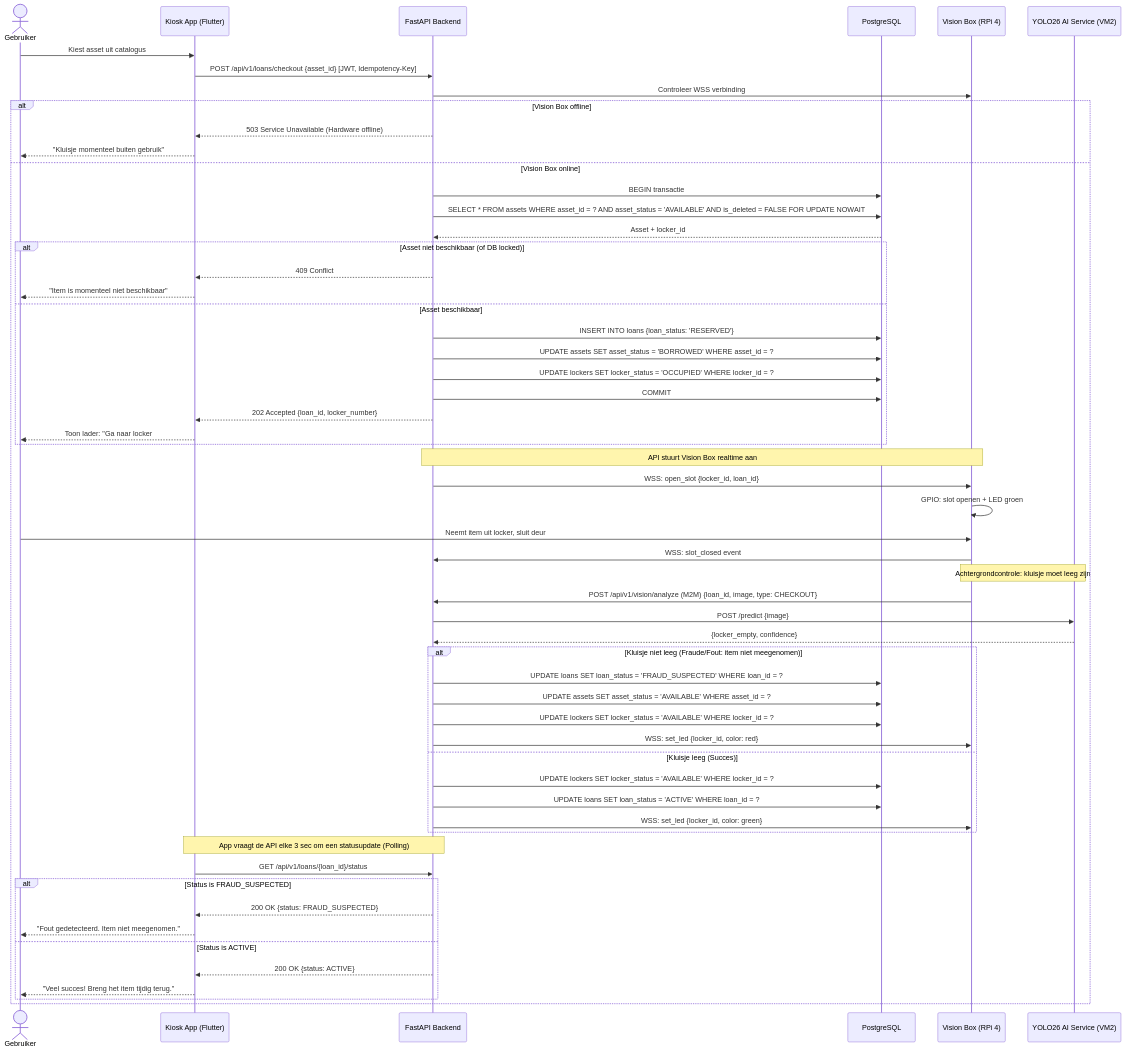
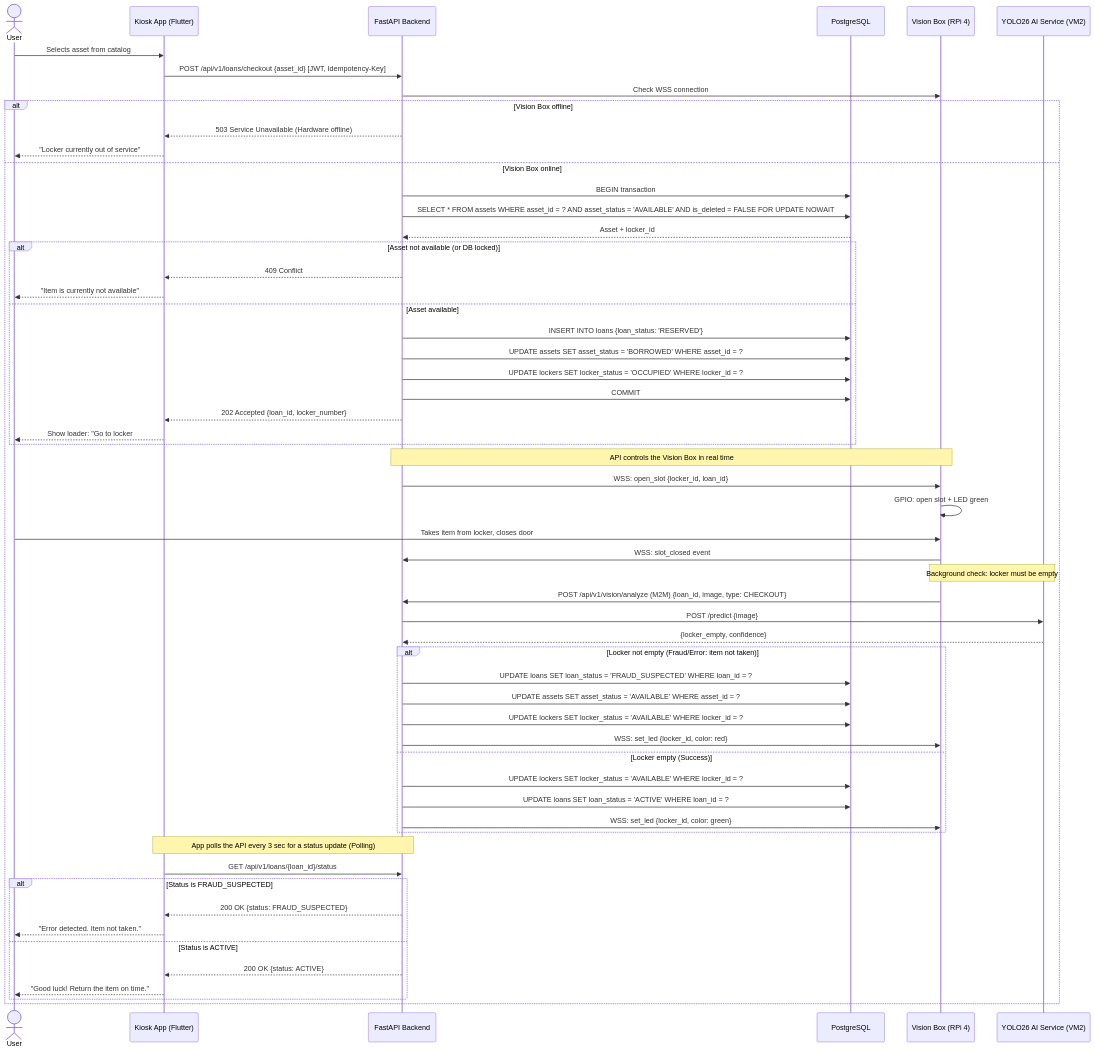
Before and after one commit to easylend-practice-enterprise/easylend: the diagram in docs/diagrams/sequence_checkout.mmd, drawn with Mermaid. The commit also changed 39 other files, not shown here.

```diff
--- a/docs/diagrams/sequence_checkout.mmd
+++ b/docs/diagrams/sequence_checkout.mmd
@@ -1,67 +1,67 @@
 sequenceDiagram
-    actor User as Gebruiker
+    actor User as User
     participant App as Kiosk App (Flutter)
     participant API as FastAPI Backend
     participant DB as PostgreSQL
     participant VB as Vision Box (RPi 4)
     participant AI as YOLO26 AI Service (VM2)
 
-    User->>App: Kiest asset uit catalogus
+    User->>App: Selects asset from catalog
     App->>API: POST /api/v1/loans/checkout {asset_id} [JWT, Idempotency-Key]
     
-    API->>VB: Controleer WSS verbinding
+    API->>VB: Check WSS connection
     alt Vision Box offline
         API-->>App: 503 Service Unavailable (Hardware offline)
-        App-->>User: "Kluisje momenteel buiten gebruik"
+        App-->>User: "Locker currently out of service"
     else Vision Box online
-        API->>DB: BEGIN transactie
+        API->>DB: BEGIN transaction
         API->>DB: SELECT * FROM assets WHERE asset_id = ? AND asset_status = 'AVAILABLE' AND is_deleted = FALSE FOR UPDATE NOWAIT
         DB-->>API: Asset + locker_id
 
-        alt Asset niet beschikbaar (of DB locked)
+        alt Asset not available (or DB locked)
             API-->>App: 409 Conflict
-            App-->>User: "Item is momenteel niet beschikbaar"
-        else Asset beschikbaar
+            App-->>User: "Item is currently not available"
+        else Asset available
             API->>DB: INSERT INTO loans {loan_status: 'RESERVED'}
             API->>DB: UPDATE assets SET asset_status = 'BORROWED' WHERE asset_id = ?
             API->>DB: UPDATE lockers SET locker_status = 'OCCUPIED' WHERE locker_id = ?
             API->>DB: COMMIT
             API-->>App: 202 Accepted {loan_id, locker_number}
-            App-->>User: Toon lader: "Ga naar locker #N"
+            App-->>User: Show loader: "Go to locker #N"
         end
         
-        Note over API,VB: API stuurt Vision Box realtime aan
+        Note over API,VB: API controls the Vision Box in real time
         API->>VB: WSS: open_slot {locker_id, loan_id}
 
-        VB->>VB: GPIO: slot openen + LED groen
+        VB->>VB: GPIO: open slot + LED green
 
-        User->>VB: Neemt item uit locker, sluit deur
+        User->>VB: Takes item from locker, closes door
         VB->>API: WSS: slot_closed event
 
-        Note over VB,AI: Achtergrondcontrole: kluisje moet leeg zijn
+        Note over VB,AI: Background check: locker must be empty
         VB->>API: POST /api/v1/vision/analyze (M2M) {loan_id, image, type: CHECKOUT}
         API->>AI: POST /predict {image}
         AI-->>API: {locker_empty, confidence}
 
-        alt Kluisje niet leeg (Fraude/Fout: item niet meegenomen)
+        alt Locker not empty (Fraud/Error: item not taken)
             API->>DB: UPDATE loans SET loan_status = 'FRAUD_SUSPECTED' WHERE loan_id = ?
             API->>DB: UPDATE assets SET asset_status = 'AVAILABLE' WHERE asset_id = ?
             API->>DB: UPDATE lockers SET locker_status = 'AVAILABLE' WHERE locker_id = ?
             API->>VB: WSS: set_led {locker_id, color: red}
-        else Kluisje leeg (Succes)
+        else Locker empty (Success)
             API->>DB: UPDATE lockers SET locker_status = 'AVAILABLE' WHERE locker_id = ?
             API->>DB: UPDATE loans SET loan_status = 'ACTIVE' WHERE loan_id = ?
             API->>VB: WSS: set_led {locker_id, color: green}
         end
 
-        Note over App,API: App vraagt de API elke 3 sec om een statusupdate (Polling)
+        Note over App,API: App polls the API every 3 sec for a status update (Polling)
         App->>API: GET /api/v1/loans/{loan_id}/status
         
         alt Status is FRAUD_SUSPECTED
             API-->>App: 200 OK {status: FRAUD_SUSPECTED}
-            App-->>User: "Fout gedetecteerd. Item niet meegenomen."
+            App-->>User: "Error detected. Item not taken."
         else Status is ACTIVE
             API-->>App: 200 OK {status: ACTIVE}
-            App-->>User: "Veel succes! Breng het item tijdig terug."
+            App-->>User: "Good luck! Return the item on time."
         end
     end
```
